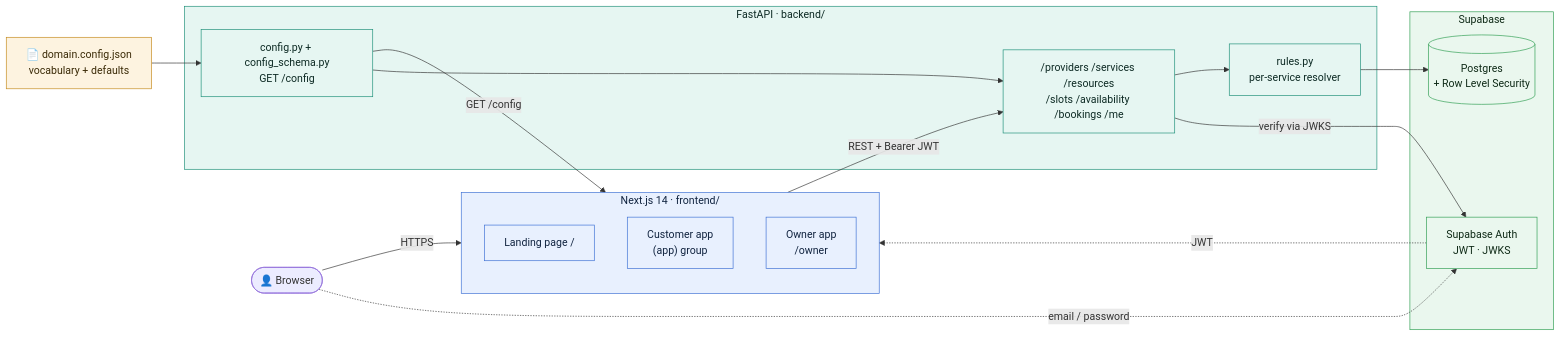
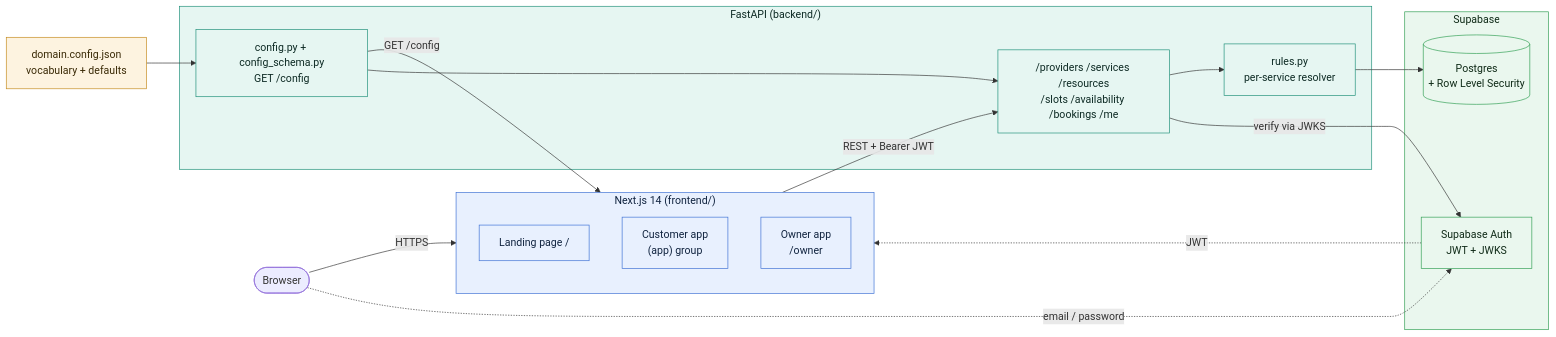
The first of 4 diagrams in README.md (Delta-43/Codaro_Aug2026_Hackathon_Template), drawn with Mermaid before and after one commit. The commit also changed other lines of this file, not shown here.

````diff
--- a/README.md
+++ b/README.md
@@ -43,41 +40,41 @@
 ```mermaid
 flowchart LR
-    U([👤 Browser])
+    U([Browser])
 
-    subgraph FE["Next.js 14 · frontend/"]
+    subgraph FE["Next.js 14 (frontend/)"]
         LP["Landing page /"]
         APP["Customer app<br/>(app) group"]
         OWN["Owner app<br/>/owner"]
     end
 
-    subgraph BE["FastAPI · backend/"]
+    subgraph BE["FastAPI (backend/)"]
         API["/providers /services /resources<br/>/slots /availability /bookings /me"]
         CFG["config.py + config_schema.py<br/>GET /config"]
         RUL["rules.py<br/>per-service resolver"]
     end
 
     subgraph DATA["Supabase"]
         PG[("Postgres<br/>+ Row Level Security")]
-        AUTH["Supabase Auth<br/>JWT · JWKS"]
+        AUTH["Supabase Auth<br/>JWT + JWKS"]
     end
 
-    JSON["📄 domain.config.json<br/>vocabulary + defaults"]
+    JSON["domain.config.json<br/>vocabulary + defaults"]
 
     U -->|HTTPS| FE
     FE -->|"REST + Bearer JWT"| API
     U -.->|"email / password"| AUTH
     AUTH -.->|"JWT"| FE
     API -->|"verify via JWKS"| AUTH
     API --> RUL --> PG
     JSON --> CFG --> API
     CFG -->|"GET /config"| FE
 
     classDef fe fill:#e8f0fe,stroke:#3b6fd4,color:#10233f
     classDef be fill:#e6f6f2,stroke:#1c8f78,color:#0d2a24
     classDef db fill:#eaf7ee,stroke:#2f9e52,color:#0f2a17
     classDef cfg fill:#fdf3e0,stroke:#c48a1c,color:#3a2a06
     class FE,LP,APP,OWN fe
     class BE,API,CFG,RUL be
     class DATA,PG,AUTH db
     class JSON cfg
 ```
````
